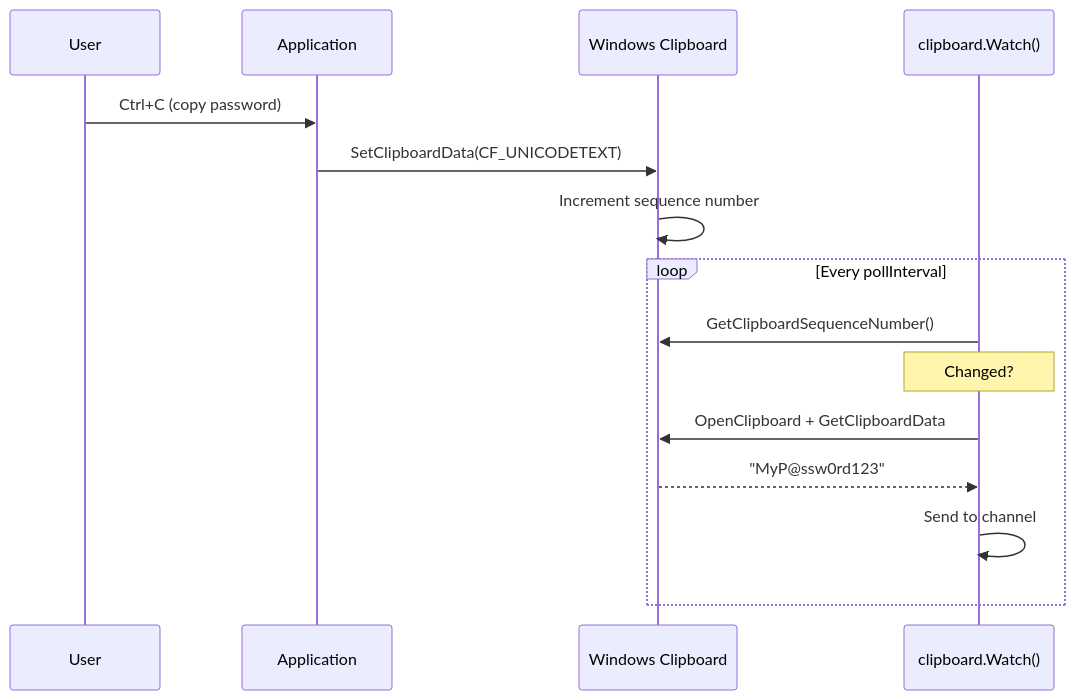
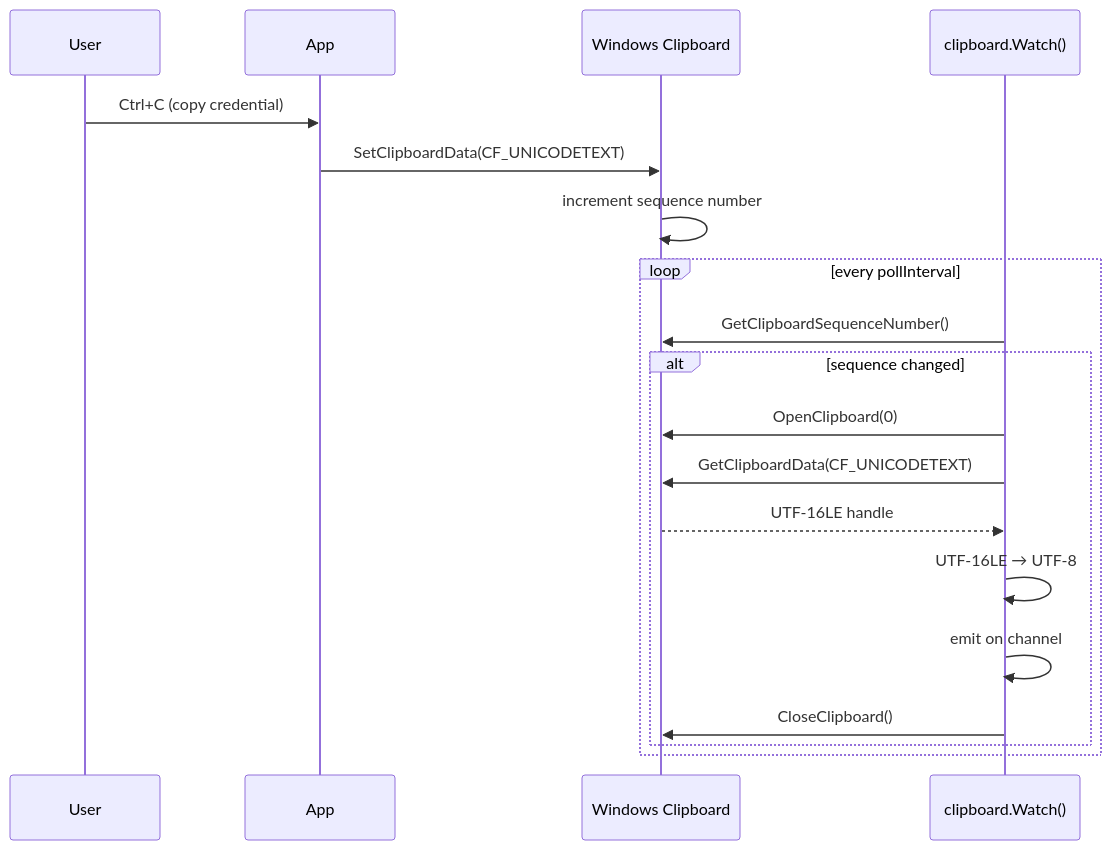
One commit to oioio-space/maldev changed the diagram in docs/techniques/collection/clipboard.md. Above: the diagram before and after it, drawn with Mermaid. The commit also changed other lines of this file and 4 other files, not shown here.

````diff
--- a/docs/techniques/collection/clipboard.md
+++ b/docs/techniques/collection/clipboard.md
@@ -20,19 +40,23 @@
 ```mermaid
 sequenceDiagram
     participant User
-    participant App as Application
-    participant Clipboard as Windows Clipboard
-    participant Monitor as clipboard.Watch()
+    participant App
+    participant OS as Windows Clipboard
+    participant Watch as clipboard.Watch()
 
-    User->>App: Ctrl+C (copy password)
-    App->>Clipboard: SetClipboardData(CF_UNICODETEXT)
-    Clipboard->>Clipboard: Increment sequence number
+    User->>App: Ctrl+C (copy credential)
+    App->>OS: SetClipboardData(CF_UNICODETEXT)
+    OS->>OS: increment sequence number
 
-    loop Every pollInterval
-        Monitor->>Clipboard: GetClipboardSequenceNumber()
-        Note over Monitor: Changed?
-        Monitor->>Clipboard: OpenClipboard + GetClipboardData
-        Clipboard-->>Monitor: "MyP@ssw0rd123"
-        Monitor->>Monitor: Send to channel
+    loop every pollInterval
+        Watch->>OS: GetClipboardSequenceNumber()
+        alt sequence changed
+            Watch->>OS: OpenClipboard(0)
+            Watch->>OS: GetClipboardData(CF_UNICODETEXT)
+            OS-->>Watch: UTF-16LE handle
+            Watch->>Watch: UTF-16LE → UTF-8
+            Watch->>Watch: emit on channel
+            Watch->>OS: CloseClipboard()
+        end
     end
 ```
````
